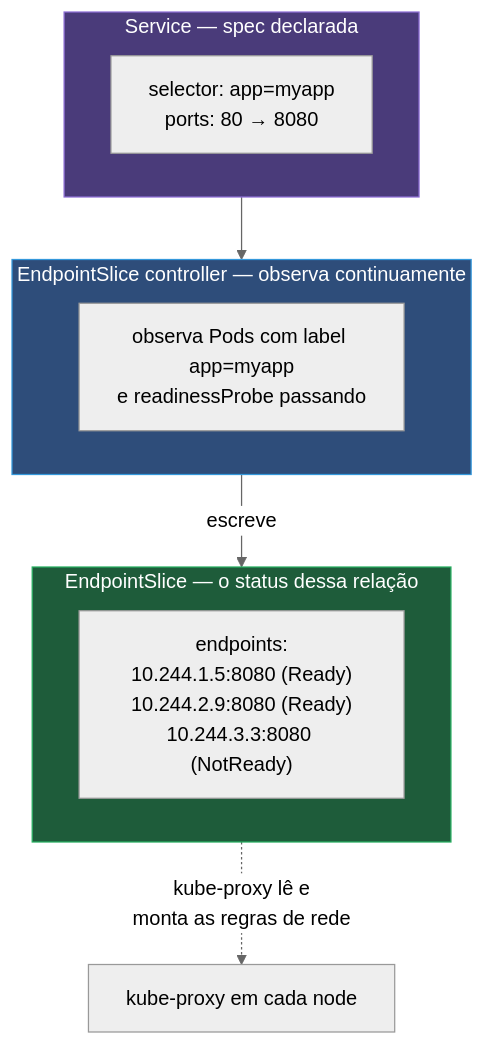
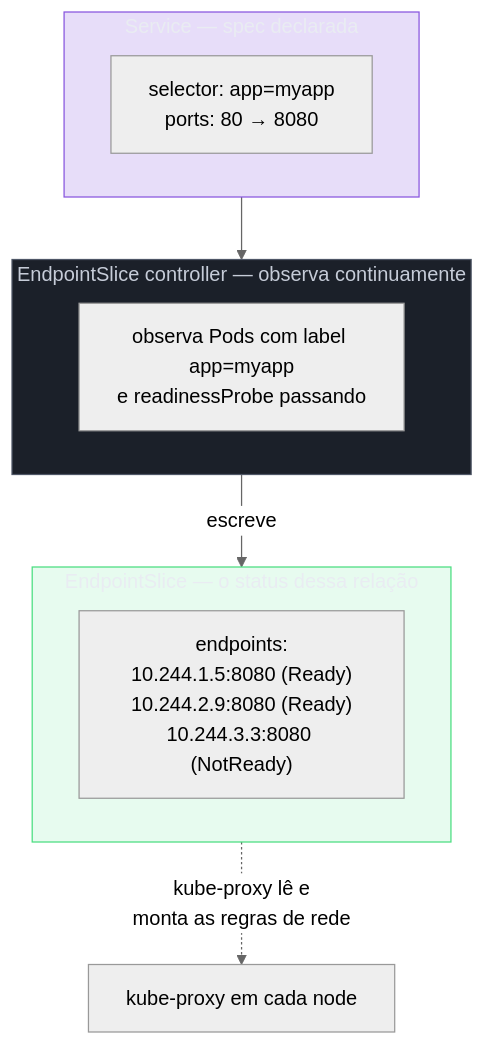
One commit to josenaldo/codex-technomanticus changed the second of 2 diagrams in 03-Dominios/Tecnologia/Infraestrutura/Kubernetes/05 - Service.md. Above: the diagram before and after it, drawn with Mermaid (neutral theme). The commit also changed other lines of this file and 1181 other files, not shown here.

First line of the commit message:
fix(diagramas): paleta do sistema no lugar de cor cravada no markdown

````diff
--- a/03-Dominios/Tecnologia/Infraestrutura/Kubernetes/05 - Service.md
+++ b/03-Dominios/Tecnologia/Infraestrutura/Kubernetes/05 - Service.md
@@ -65,22 +66,25 @@
 ```mermaid
 graph TB
+    classDef marca fill:#8855DF33,stroke:#8855DF,color:#E9ECF2
+    classDef neutro fill:#1B2029,stroke:#4E5666,color:#C6CCD8
+    classDef ok fill:#4ADE8021,stroke:#4ADE80,color:#E9ECF2
     subgraph SVC["Service — spec declarada"]
         SEL["selector: app=myapp<br/>ports: 80 → 8080"]
     end
 
     subgraph CTRL["EndpointSlice controller — observa continuamente"]
         OBS["observa Pods com label app=myapp<br/>e readinessProbe passando"]
     end
 
     subgraph ES["EndpointSlice — o status dessa relação"]
         LIST["endpoints:<br/>10.244.1.5:8080 (Ready)<br/>10.244.2.9:8080 (Ready)<br/>10.244.3.3:8080 (NotReady)"]
     end
 
     SVC --> CTRL
     CTRL -->|"escreve"| ES
     ES -.->|"kube-proxy lê e<br/>monta as regras de rede"| KP["kube-proxy em cada node"]
 
-    style SVC fill:#4a3b7a,stroke:#8e6fd6,color:#fff
-    style CTRL fill:#2e4d7a,stroke:#3498db,color:#fff
-    style ES fill:#1e5c3a,stroke:#27ae60,color:#fff
+    class SVC marca
+    class CTRL neutro
+    class ES ok
 ```
````
